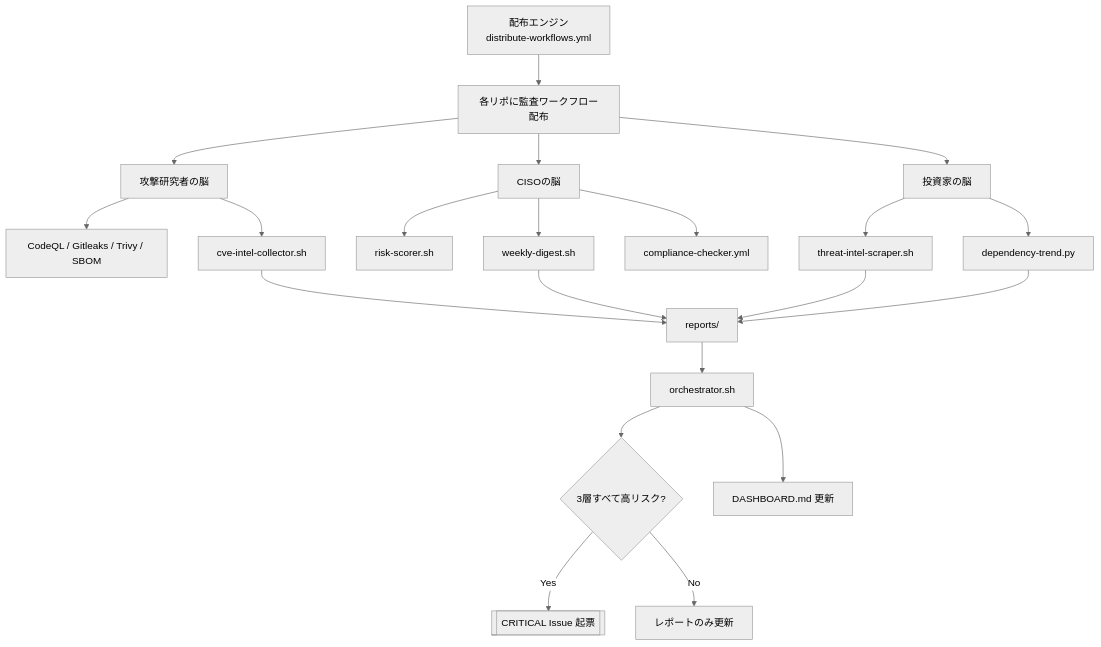
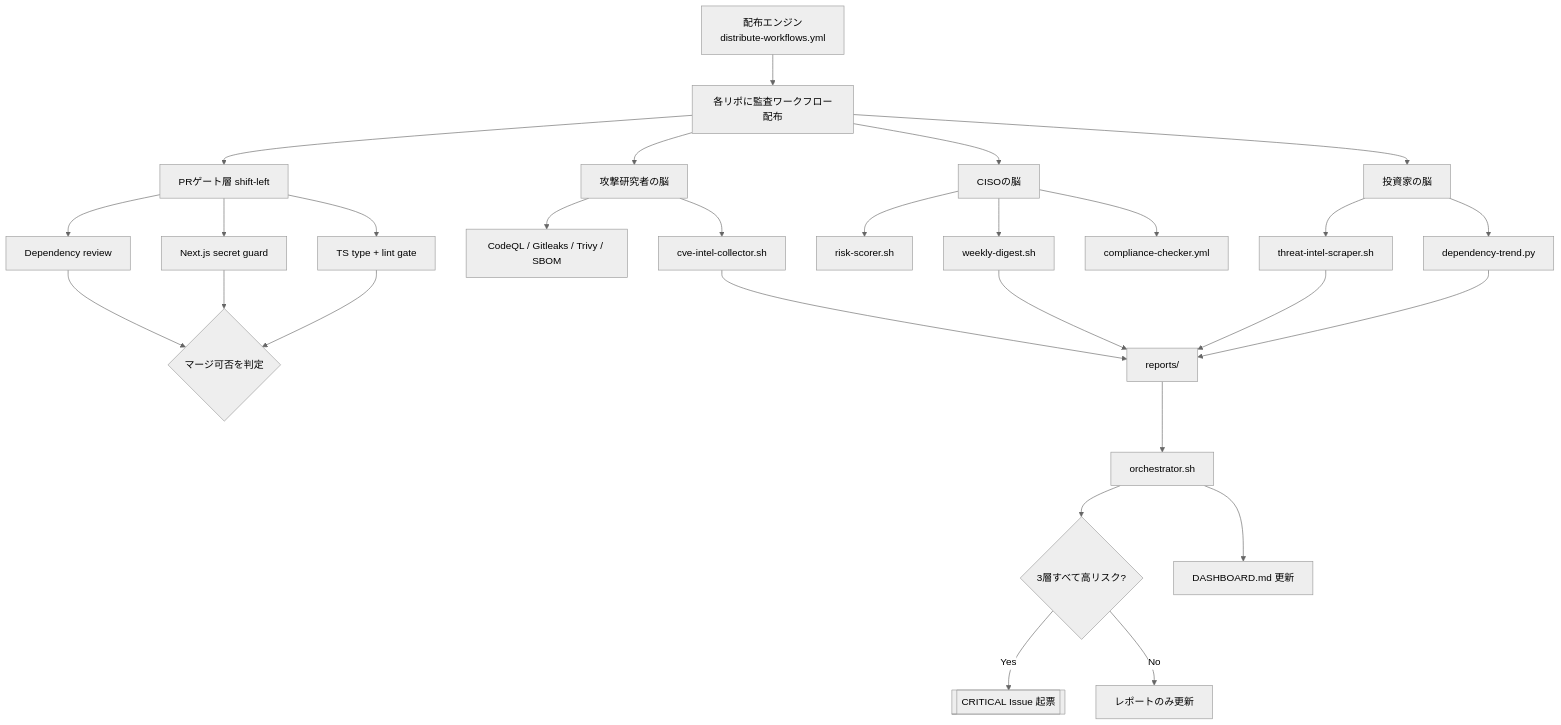
One commit to mitokawaguchi/security-automation changed the diagram in docs/ARCHITECTURE.md. Above: the diagram before and after it, drawn with Mermaid (neutral theme). The commit also changed other lines of this file and 26 other files, not shown here.

````diff
--- a/docs/ARCHITECTURE.md
+++ b/docs/ARCHITECTURE.md
@@ -12,29 +12,37 @@
 ```mermaid
 flowchart TD
   A[配布エンジン<br/>distribute-workflows.yml] --> B[各リポに監査ワークフロー配布]
+
+  B --> P[PRゲート層 shift-left]
+  P --> P1[Dependency review]
+  P --> P2[Next.js secret guard]
+  P --> P3[TS type + lint gate]
+  P1 --> PR{マージ可否を判定}
+  P2 --> PR
+  P3 --> PR
 
   B --> C1[攻撃研究者の脳]
   B --> C2[CISOの脳]
   B --> C3[投資家の脳]
 
   C1 --> D1[CodeQL / Gitleaks / Trivy / SBOM]
   C1 --> D2[cve-intel-collector.sh]
 
   C2 --> E1[risk-scorer.sh]
   C2 --> E2[weekly-digest.sh]
   C2 --> E3[compliance-checker.yml]
 
   C3 --> F1[threat-intel-scraper.sh]
   C3 --> F2[dependency-trend.py]
 
   D2 --> G[reports/]
   E2 --> G
   F1 --> G
   F2 --> G
 
   G --> H[orchestrator.sh]
   H --> I{3層すべて高リスク?}
   I -->|Yes| J[[CRITICAL Issue 起票]]
   I -->|No| K[レポートのみ更新]
   H --> L[DASHBOARD.md 更新]
 ```
````
